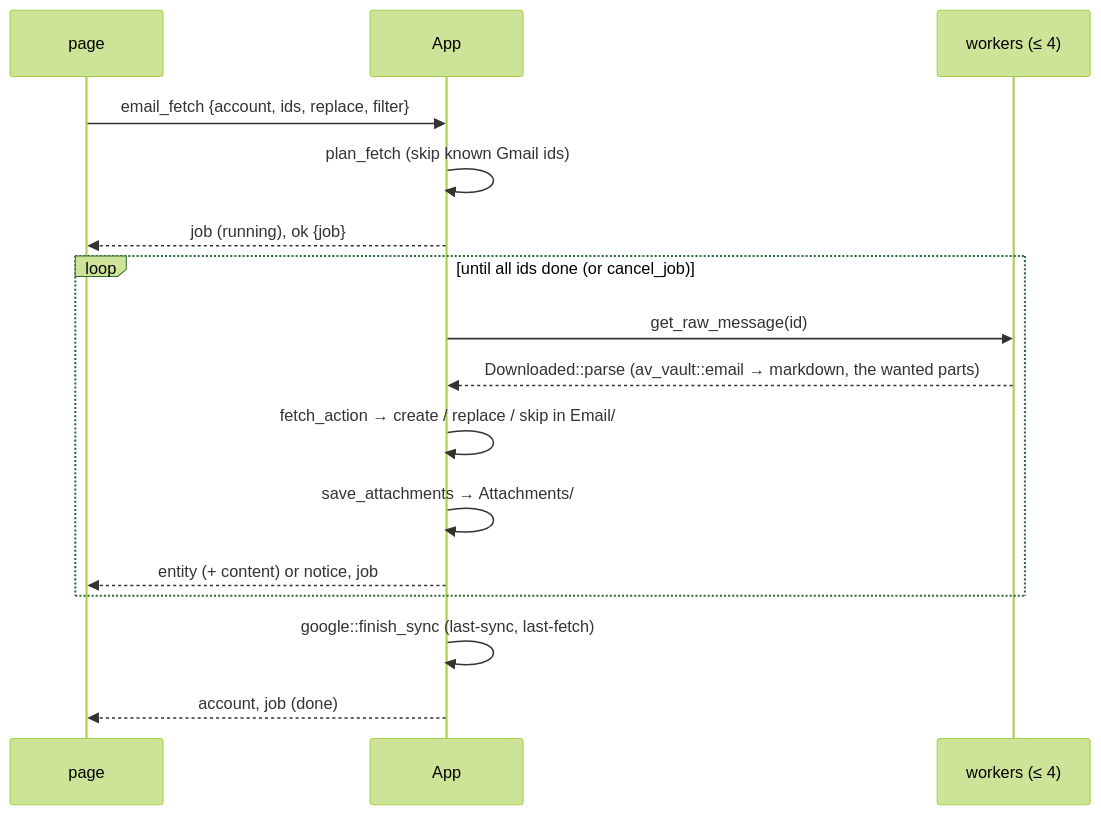
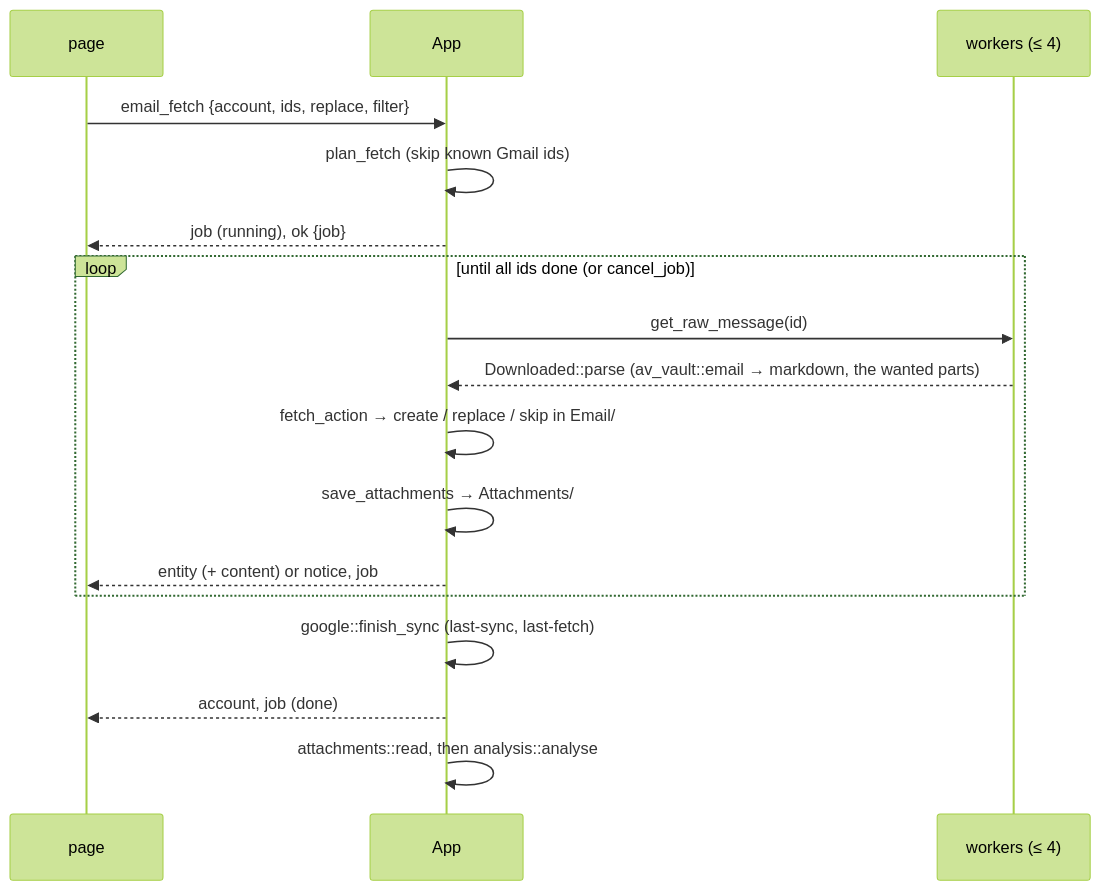
One commit to steschu77/avelor changed the diagram in docs/email.md. Above: the diagram before and after it, drawn with Mermaid (forest theme). The commit also changed other lines of this file and 28 other files, not shown here.

First line of the commit message:
feat(mail): read a mail's attachments

````diff
--- a/docs/email.md
+++ b/docs/email.md
@@ -196,18 +221,19 @@
 ```mermaid
 sequenceDiagram
     participant P as page
     participant S as App
     participant W as workers (≤ 4)
     P->>S: email_fetch {account, ids, replace, filter}
     S->>S: plan_fetch (skip known Gmail ids)
     S-->>P: job (running), ok {job}
     loop until all ids done (or cancel_job)
         S->>W: get_raw_message(id)
         W-->>S: Downloaded::parse (av_vault::email → markdown, the wanted parts)
         S->>S: fetch_action → create / replace / skip in Email/
         S->>S: save_attachments → Attachments/
         S-->>P: entity (+ content) or notice, job
     end
     S->>S: google::finish_sync (last-sync, last-fetch)
     S-->>P: account, job (done)
+    S->>S: attachments::read, then analysis::analyse
 ```
````
